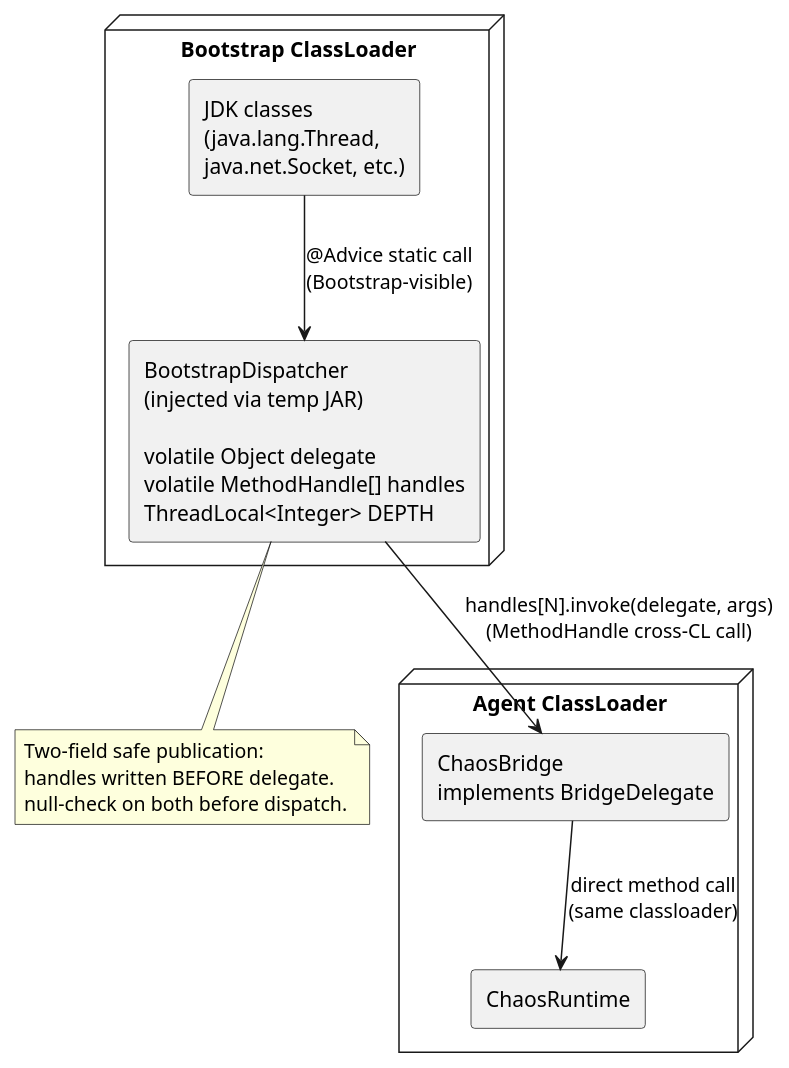
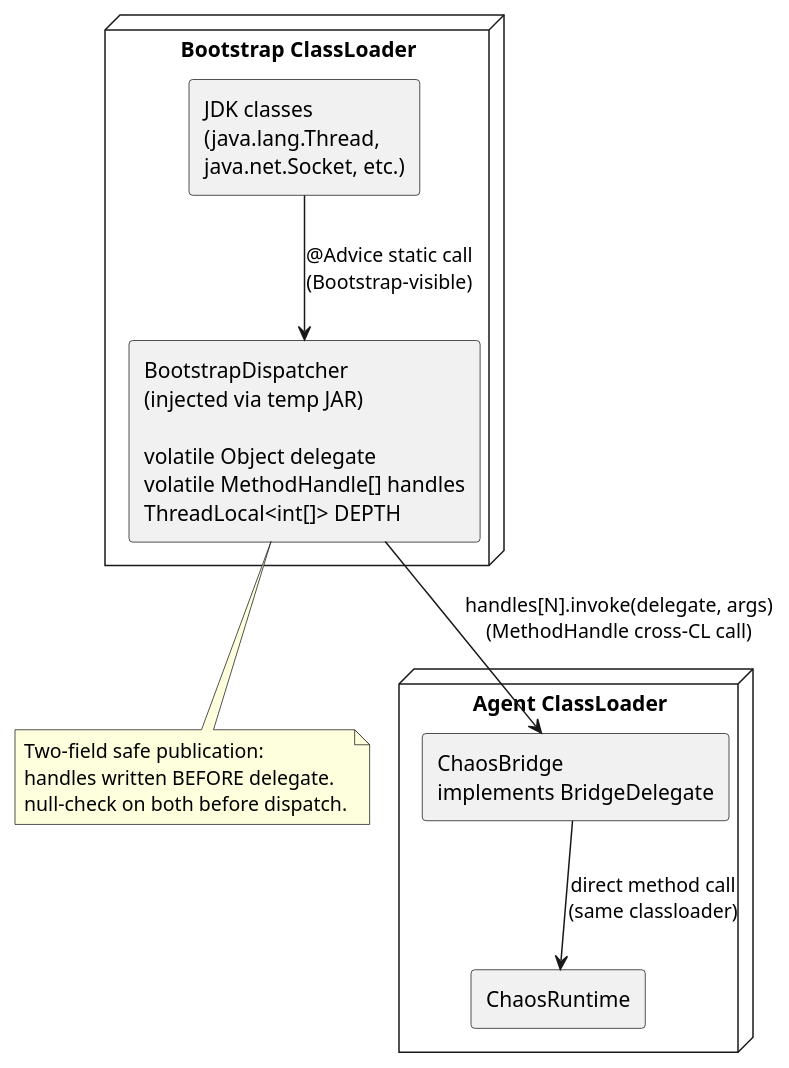
The first of 4 diagrams in docs/instrumentation.md (macstab/macstab-chaos-jvm-agent), drawn with PlantUML before and after one commit. The commit also changed other lines of this file and 6 other files, not shown here.

Commit message:
docs: correct bootstrap-bridge docs (HANDLE_COUNT=57, unbound handles, ThreadLocal<int[]>)

````diff
--- a/docs/instrumentation.md
+++ b/docs/instrumentation.md
@@ -157,23 +157,23 @@
 ```plantuml
 @startuml
 node "Bootstrap ClassLoader" {
   rectangle "JDK classes\n(java.lang.Thread,\njava.net.Socket, etc.)" as JDK
-  rectangle "BootstrapDispatcher\n(injected via temp JAR)\n\nvolatile Object delegate\nvolatile MethodHandle[] handles\nThreadLocal<Integer> DEPTH" as BD
+  rectangle "BootstrapDispatcher\n(injected via temp JAR)\n\nvolatile Object delegate\nvolatile MethodHandle[] handles\nThreadLocal<int[]> DEPTH" as BD
 }
 
 node "Agent ClassLoader" {
   rectangle "ChaosBridge\nimplements BridgeDelegate" as CB
   rectangle "ChaosRuntime" as CR
 }
 
 JDK --> BD : "@Advice static call\n(Bootstrap-visible)"
 BD --> CB : "handles[N].invoke(delegate, args)\n(MethodHandle cross-CL call)"
 CB --> CR : "direct method call\n(same classloader)"
 
 note bottom of BD
   Two-field safe publication:
   handles written BEFORE delegate.
   null-check on both before dispatch.
 end note
 @enduml
 ```
````
